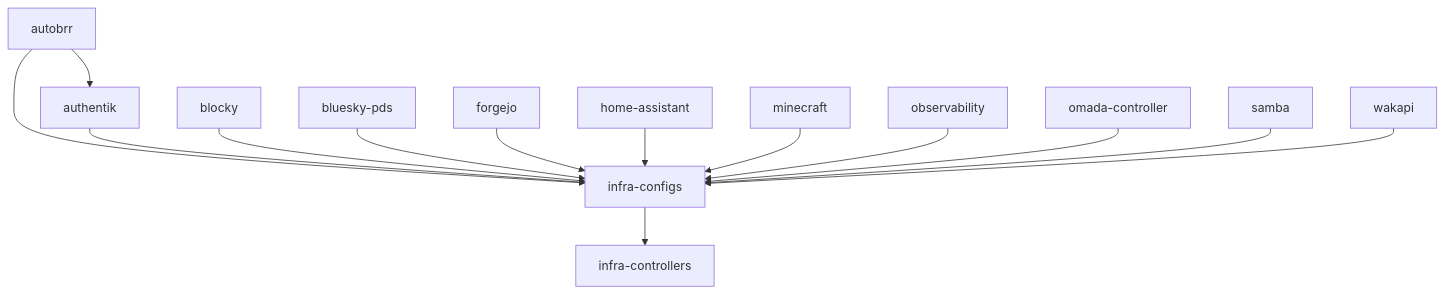
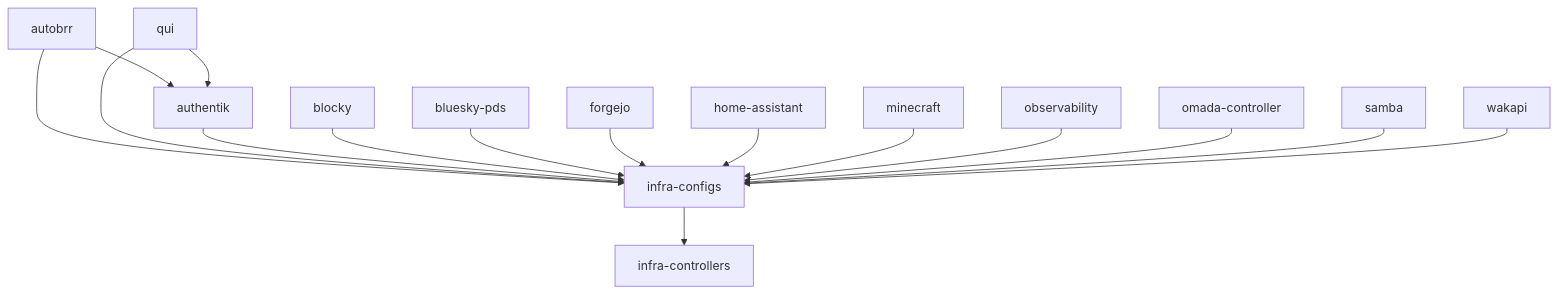
Before and after one commit to tale/homelab: the diagram in README.md, drawn with Mermaid. The commit also changed other lines of this file and 11 other files, not shown here.

````diff
--- a/README.md
+++ b/README.md
@@ -40,18 +41,20 @@
 ```mermaid
 flowchart TD
     infra_controllers[infra-controllers]
     infra_configs[infra-configs]
     infra_configs --> infra_controllers
     autobrr --> infra_configs
     autobrr --> authentik
+    qui --> infra_configs
+    qui --> authentik
     authentik --> infra_configs
     blocky --> infra_configs
     bluesky_pds[bluesky-pds] --> infra_configs
     forgejo --> infra_configs
     home_assistant[home-assistant] --> infra_configs
     minecraft --> infra_configs
     observability --> infra_configs
     omada_controller[omada-controller] --> infra_configs
     samba --> infra_configs
     wakapi --> infra_configs
 ```
````
